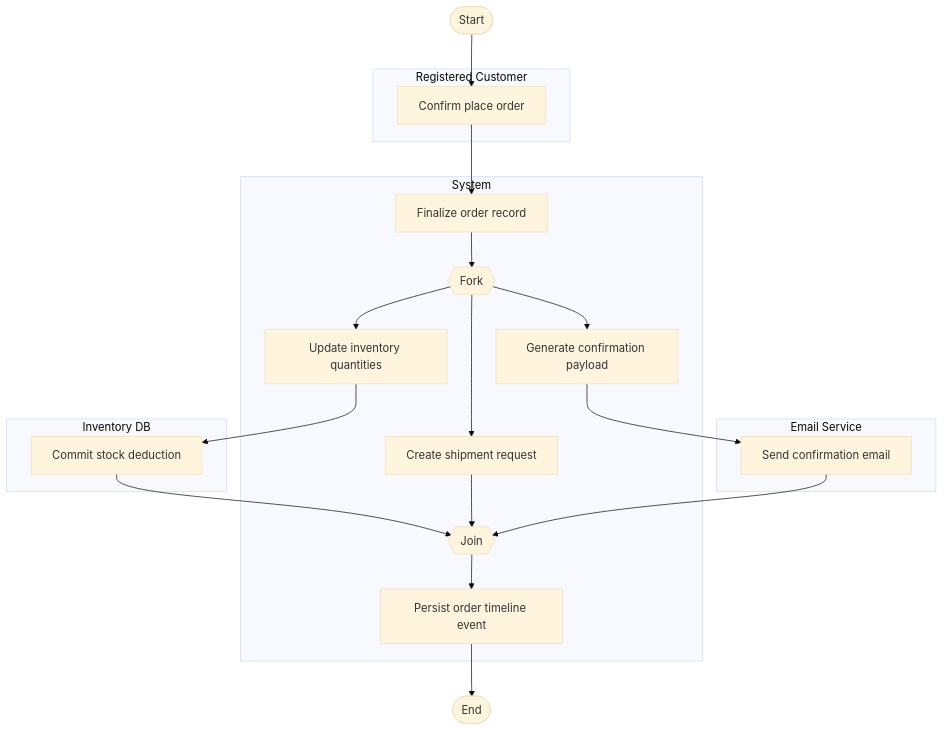
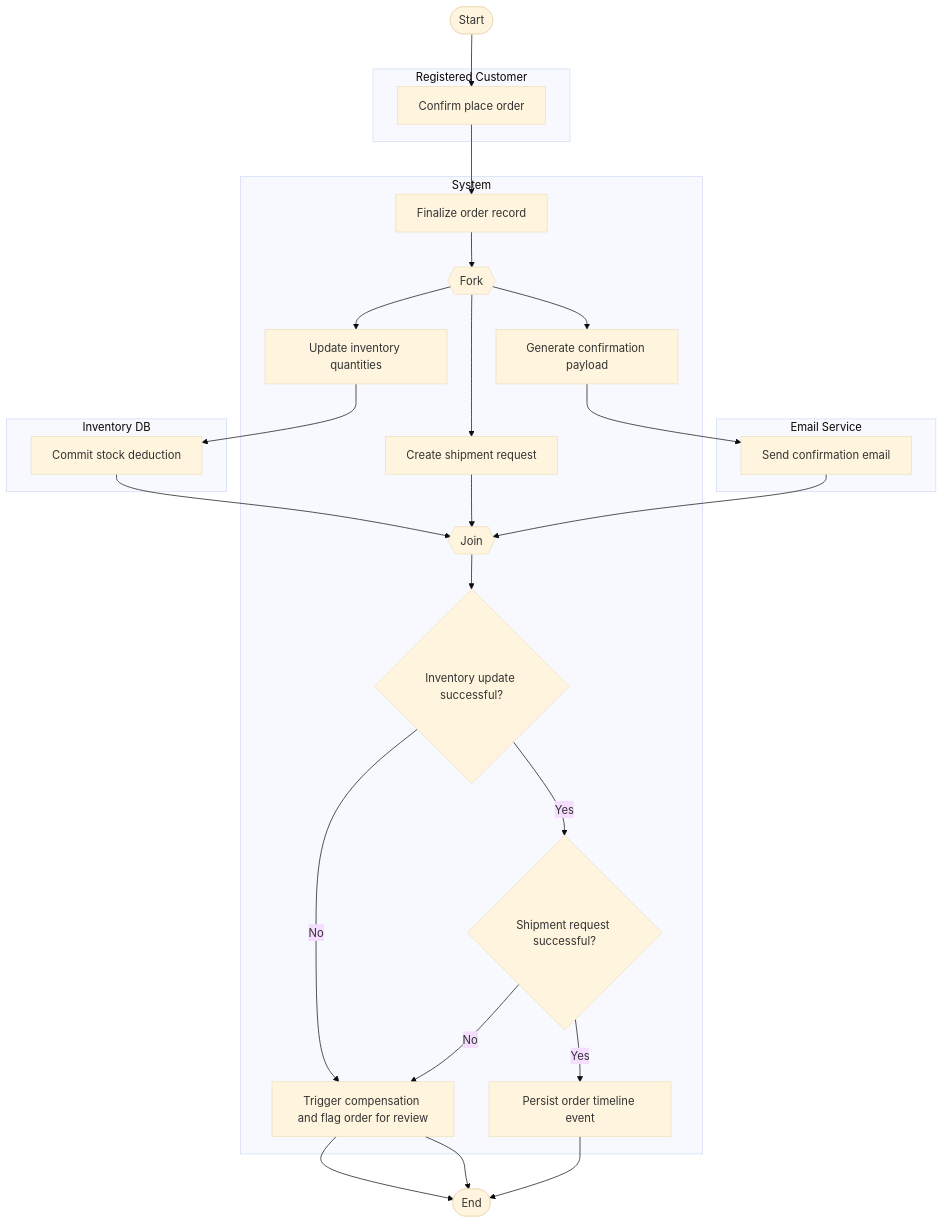
The diagram in docs/assignment-8/activity-diagrams/place-order-workflow.md (Vanessa-Ndomba/manga-book-store-system), drawn with Mermaid (base theme) before and after one commit. The commit also changed other lines of this file and 3 other files, not shown here.

````diff
--- a/docs/assignment-8/activity-diagrams/place-order-workflow.md
+++ b/docs/assignment-8/activity-diagrams/place-order-workflow.md
@@ -3,32 +3,39 @@
 ```mermaid
 flowchart TD
     Start([Start]) --> U1
 
     subgraph Registered_Customer[Registered Customer]
       U1[Confirm place order]
     end
 
     subgraph System
       S1[Finalize order record]
       F1{{Fork}}
       S2[Update inventory quantities]
       S3[Create shipment request]
       S4[Generate confirmation payload]
       J1{{Join}}
+      D1{Inventory update successful?}
+      D2{Shipment request successful?}
       S5[Persist order timeline event]
+      S6[Trigger compensation and flag order for review]
     end
 
     subgraph Inventory_DB[Inventory DB]
       I1[Commit stock deduction]
     end
 
     subgraph Email_Service[Email Service]
       E1[Send confirmation email]
     end
 
     U1 --> S1 --> F1
     F1 --> S2 --> I1 --> J1
     F1 --> S3 --> J1
     F1 --> S4 --> E1 --> J1
-    J1 --> S5 --> End([End])
+    J1 --> D1
+    D1 -- No --> S6 --> End([End])
+    D1 -- Yes --> D2
+    D2 -- No --> S6 --> End
+    D2 -- Yes --> S5 --> End
 ```
````
